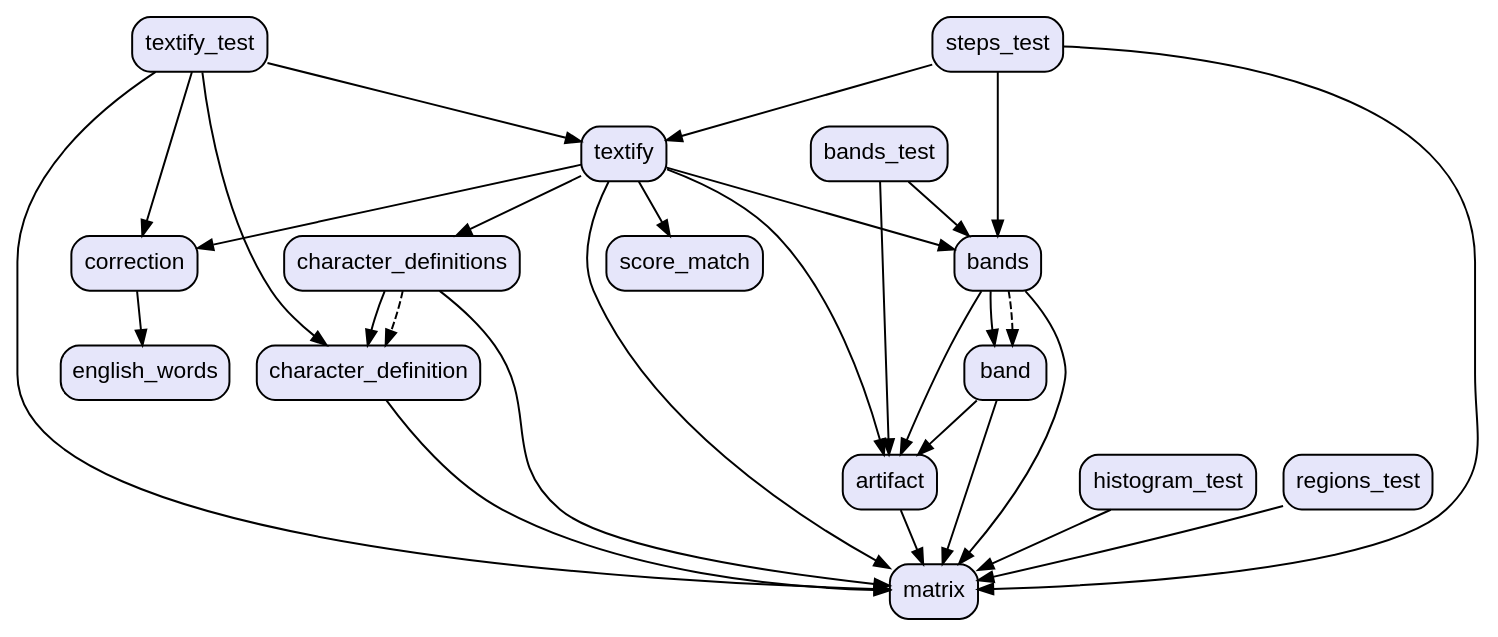
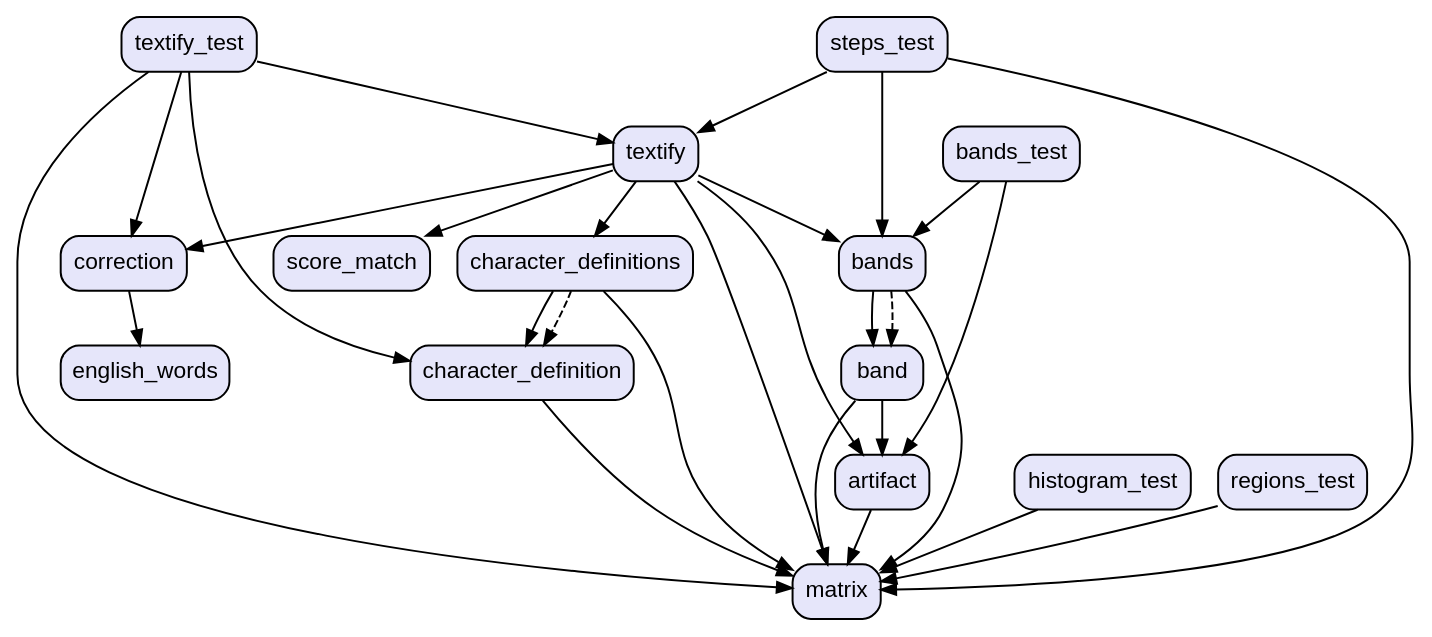
The diagram in graph.dot (vteam-com/TEXTify), drawn with Graphviz before and after one commit. The commit also changed 6 other files, not shown here.

```diff
--- a/graph.dot
+++ b/graph.dot
@@ -1,49 +1,48 @@
 digraph "" {
   graph [style=rounded fontname="Arial Black" fontsize=13 penwidth=2.6];
   node [shape=rect style="filled,rounded" fontname=Arial fontsize=15 fillcolor=Lavender penwidth=1.3];
   edge [penwidth=1.3];
   "/test/textify_test.dart" [label="textify_test"];
   "/test/bands_test.dart" [label="bands_test"];
   "/test/histogram_test.dart" [label="histogram_test"];
   "/test/regions_test.dart" [label="regions_test"];
   "/test/steps_test.dart" [label="steps_test"];
   "/lib/band.dart" [label="band"];
   "/lib/artifact.dart" [label="artifact"];
   "/lib/score_match.dart" [label="score_match"];
   "/lib/character_definition.dart" [label="character_definition"];
   "/lib/textify.dart" [label="textify"];
   "/lib/matrix.dart" [label="matrix"];
   "/lib/character_definitions.dart" [label="character_definitions"];
   "/lib/correction.dart" [label="correction"];
   "/lib/english_words.dart" [label="english_words"];
   "/lib/bands.dart" [label="bands"];
   "/test/textify_test.dart" -> "/lib/character_definition.dart";
   "/test/textify_test.dart" -> "/lib/correction.dart";
   "/test/textify_test.dart" -> "/lib/matrix.dart";
   "/test/textify_test.dart" -> "/lib/textify.dart";
   "/test/bands_test.dart" -> "/lib/artifact.dart";
   "/test/bands_test.dart" -> "/lib/bands.dart";
   "/test/histogram_test.dart" -> "/lib/matrix.dart";
   "/test/regions_test.dart" -> "/lib/matrix.dart";
   "/test/steps_test.dart" -> "/lib/bands.dart";
   "/test/steps_test.dart" -> "/lib/matrix.dart";
   "/test/steps_test.dart" -> "/lib/textify.dart";
   "/lib/band.dart" -> "/lib/artifact.dart";
   "/lib/band.dart" -> "/lib/matrix.dart";
   "/lib/artifact.dart" -> "/lib/matrix.dart";
   "/lib/character_definition.dart" -> "/lib/matrix.dart";
   "/lib/textify.dart" -> "/lib/artifact.dart";
   "/lib/textify.dart" -> "/lib/bands.dart";
   "/lib/textify.dart" -> "/lib/character_definitions.dart";
   "/lib/textify.dart" -> "/lib/correction.dart";
   "/lib/textify.dart" -> "/lib/matrix.dart";
   "/lib/textify.dart" -> "/lib/score_match.dart";
   "/lib/character_definitions.dart" -> "/lib/character_definition.dart";
   "/lib/character_definitions.dart" -> "/lib/matrix.dart";
   "/lib/character_definitions.dart" -> "/lib/character_definition.dart" [style=dashed];
   "/lib/correction.dart" -> "/lib/english_words.dart";
-  "/lib/bands.dart" -> "/lib/artifact.dart";
   "/lib/bands.dart" -> "/lib/band.dart";
   "/lib/bands.dart" -> "/lib/matrix.dart";
   "/lib/bands.dart" -> "/lib/band.dart" [style=dashed];
 }
```
